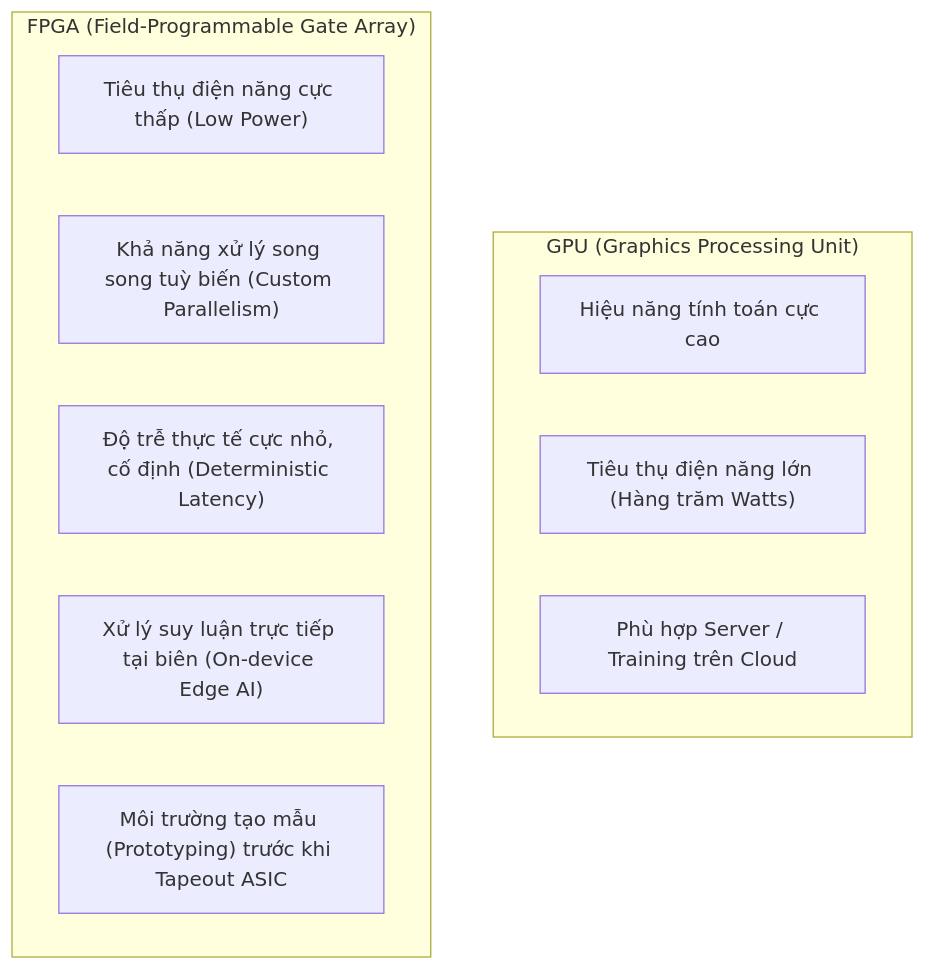
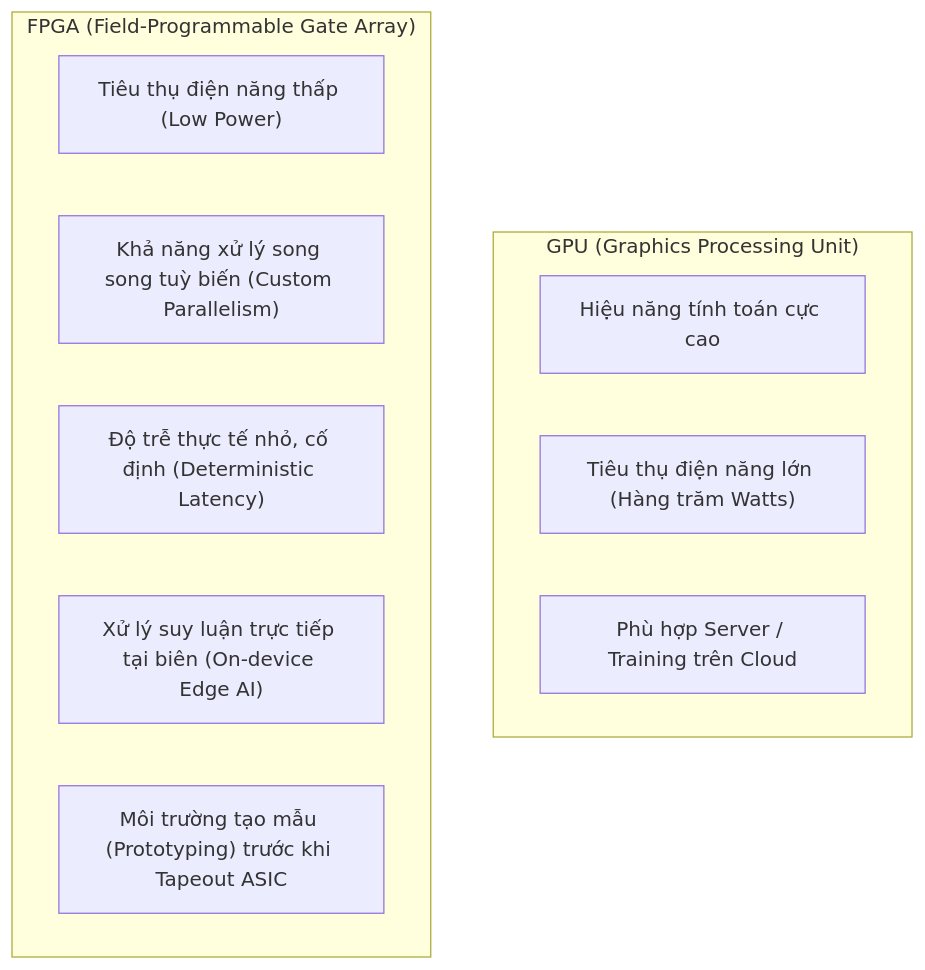
One commit to DoGiaHuy205/Repo_Public changed the diagram in Vid1/readme.md. Above: the diagram before and after it, drawn with Mermaid. The commit also changed other lines of this file and 3 other files, not shown here.

````diff
--- a/Vid1/readme.md
+++ b/Vid1/readme.md
@@ -41,16 +41,16 @@
 ```mermaid
 flowchart TD
     subgraph GPU["GPU (Graphics Processing Unit)"]
         G1["Hiệu năng tính toán cực cao"]
         G2["Tiêu thụ điện năng lớn (Hàng trăm Watts)"]
         G3["Phù hợp Server / Training trên Cloud"]
     end
 
     subgraph FPGA["FPGA (Field-Programmable Gate Array)"]
-        F1["Tiêu thụ điện năng cực thấp (Low Power)"]
+        F1["Tiêu thụ điện năng thấp (Low Power)"]
         F2["Khả năng xử lý song song tuỳ biến (Custom Parallelism)"]
-        F3["Độ trễ thực tế cực nhỏ, cố định (Deterministic Latency)"]
+        F3["Độ trễ thực tế nhỏ, cố định (Deterministic Latency)"]
         F4["Xử lý suy luận trực tiếp tại biên (On-device Edge AI)"]
         F5["Môi trường tạo mẫu (Prototyping) trước khi Tapeout ASIC"]
     end
 ```
````
